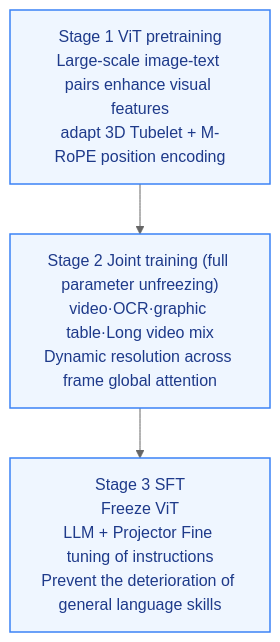
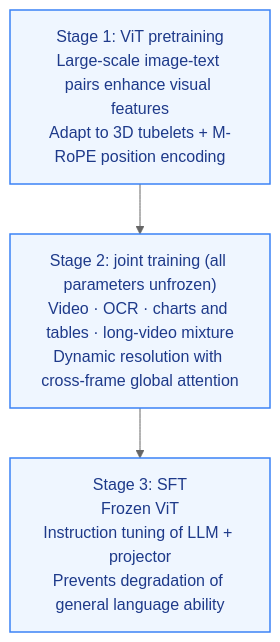
Before and after one commit to TingdeLiu/tingdeliu.github.io: diagram 13 of 15 in _translations/en/research/VLM-Survey.md, drawn with Mermaid (neutral theme). The commit also changed other lines of this file and 51 other files, not shown here.

````diff
--- a/_translations/en/research/VLM-Survey.md
+++ b/_translations/en/research/VLM-Survey.md
@@ -1361,10 +1361,10 @@
 ```mermaid
 flowchart TD
     classDef s fill:#eff6ff,stroke:#3b82f6,stroke-width:1.5px,color:#1e3a8a;
 
-    S1["Stage 1 ViT pretraining\nLarge-scale image-text pairs enhance visual features\nadapt 3D Tubelet + M-RoPE position encoding"]:::s
-    S2["Stage 2 Joint training (full parameter unfreezing)\nvideo·OCR·graphic table·Long video mix\nDynamic resolution across frame global attention"]:::s
-    S3["Stage 3 SFT\nFreeze ViT\nLLM + Projector Fine tuning of instructions\nPrevent the deterioration of general language skills"]:::s
+    S1["Stage 1: ViT pretraining\nLarge-scale image-text pairs enhance visual features\nAdapt to 3D tubelets + M-RoPE position encoding"]:::s
+    S2["Stage 2: joint training (all parameters unfrozen)\nVideo · OCR · charts and tables · long-video mixture\nDynamic resolution with cross-frame global attention"]:::s
+    S3["Stage 3: SFT\nFrozen ViT\nInstruction tuning of LLM + projector\nPrevents degradation of general language ability"]:::s
 
     S1 --> S2 --> S3
 ```
````
